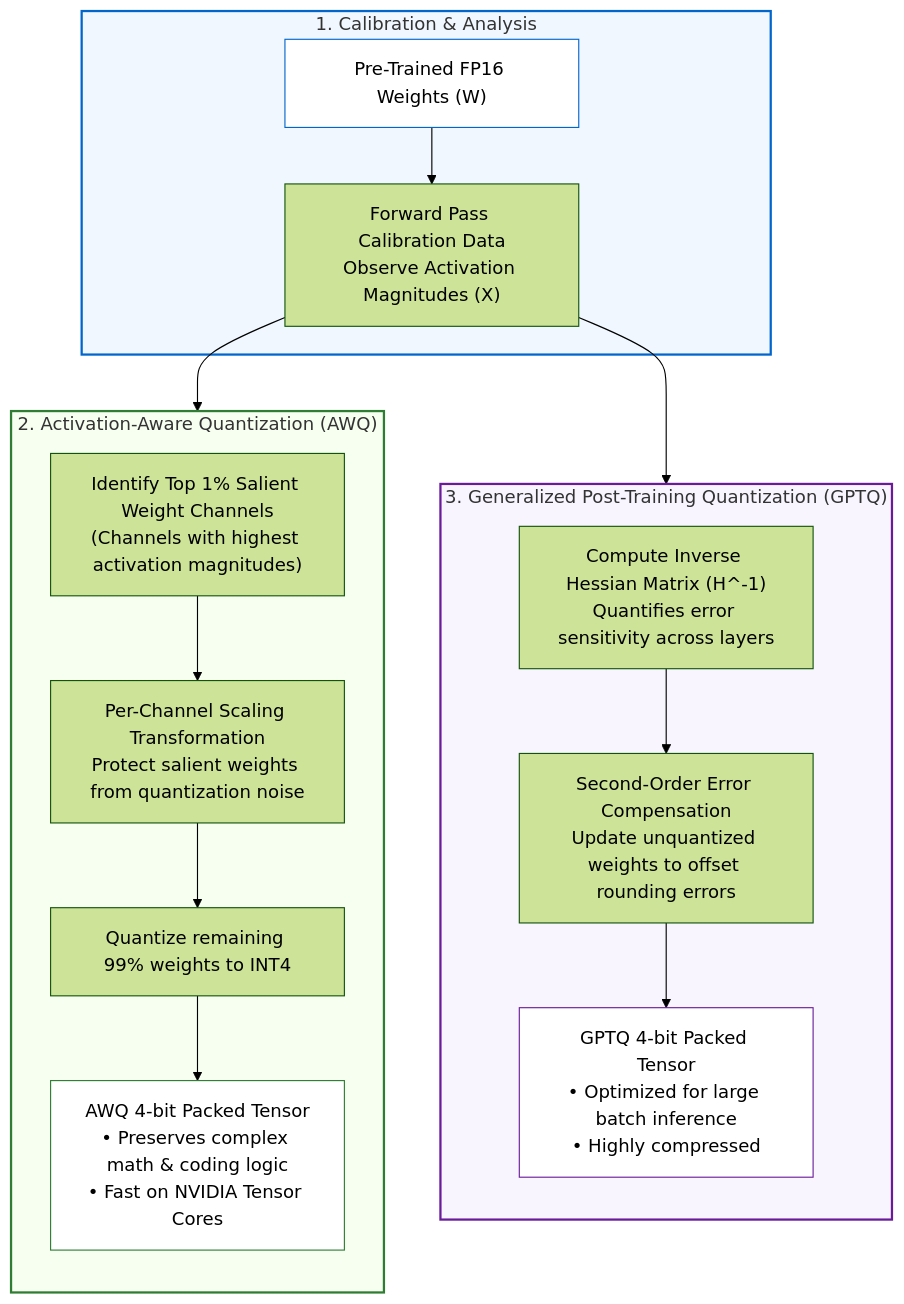
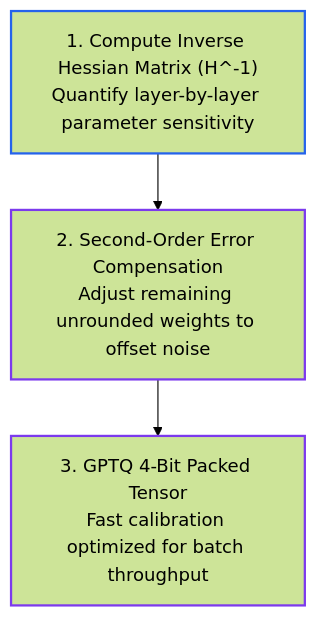
The second of 2 diagrams in 00-foundations-and-token-mechanics/05-slms-and-quantization-mechanics.md (dip4k/senior-engineer-to-ai-engineer-roadmap), drawn with Mermaid (forest theme) before and after one commit. The commit also changed other lines of this file and 15 other files, not shown here.

First line of the commit message:
feat(curriculum): theme-adaptive diagrams, low-node modular flows, and Phase 00 beginner-style refactor

````diff
--- a/00-foundations-and-token-mechanics/05-slms-and-quantization-mechanics.md
+++ b/00-foundations-and-token-mechanics/05-slms-and-quantization-mechanics.md
@@ -124,38 +142,9 @@
 ```mermaid
 flowchart TD
-    subgraph CALIBRATION["1. Calibration & Analysis"]
-        Weights["Pre-Trained FP16 Weights (W)"]
-        Analyze["Forward Pass Calibration Data<br>Observe Activation Magnitudes (X)"]
-        Weights --> Analyze
-    end
+    Hessian["1. Compute Inverse Hessian Matrix (H^-1)<br>Quantify layer-by-layer parameter sensitivity"] --> Compensate["2. Second-Order Error Compensation<br>Adjust remaining unrounded weights to offset noise"]
+    Compensate --> GPTQ_Out["3. GPTQ 4-Bit Packed Tensor<br>Fast calibration optimized for batch throughput"]
 
-    subgraph AWQ_BOX["2. Activation-Aware Quantization (AWQ)"]
-        direction TB
-        FindSalient["Identify Top 1% Salient Weight Channels<br>(Channels with highest activation magnitudes)"]
-        ScaleProtect["Per-Channel Scaling Transformation<br>Protect salient weights from quantization noise"]
-        QuantizeLow["Quantize remaining 99% weights to INT4"]
-        AWQ_Out["AWQ 4-bit Packed Tensor<br>• Preserves complex math & coding logic<br>• Fast on NVIDIA Tensor Cores"]
-
-        FindSalient --> ScaleProtect --> QuantizeLow --> AWQ_Out
-    end
-
-    subgraph GPTQ_BOX["3. Generalized Post-Training Quantization (GPTQ)"]
-        direction TB
-        Hessian["Compute Inverse Hessian Matrix (H^-1)<br>Quantifies error sensitivity across layers"]
-        Compensate["Second-Order Error Compensation<br>Update unquantized weights to offset rounding errors"]
-        GPTQ_Out["GPTQ 4-bit Packed Tensor<br>• Optimized for large batch inference<br>• Highly compressed"]
-
-        Hessian --> Compensate --> GPTQ_Out
-    end
-
-    Analyze --> AWQ_BOX
-    Analyze --> GPTQ_BOX
-
-    style CALIBRATION fill:#f0f7ff,stroke:#0066cc,stroke-width:2px
-    style AWQ_BOX fill:#f6fff0,stroke:#2e7d32,stroke-width:2px
-    style GPTQ_BOX fill:#f8f5ff,stroke:#6a1b9a,stroke-width:2px
-
-    style Weights fill:#ffffff,stroke:#0066cc,stroke-width:1px
-    style AWQ_Out fill:#ffffff,stroke:#2e7d32,stroke-width:1px
-    style GPTQ_Out fill:#ffffff,stroke:#6a1b9a,stroke-width:1px
+    style Hessian stroke:#2563eb,stroke-width:2px
+    style Compensate stroke:#7c3aed,stroke-width:2px
+    style GPTQ_Out stroke:#7c3aed,stroke-width:2px
 ```
````
